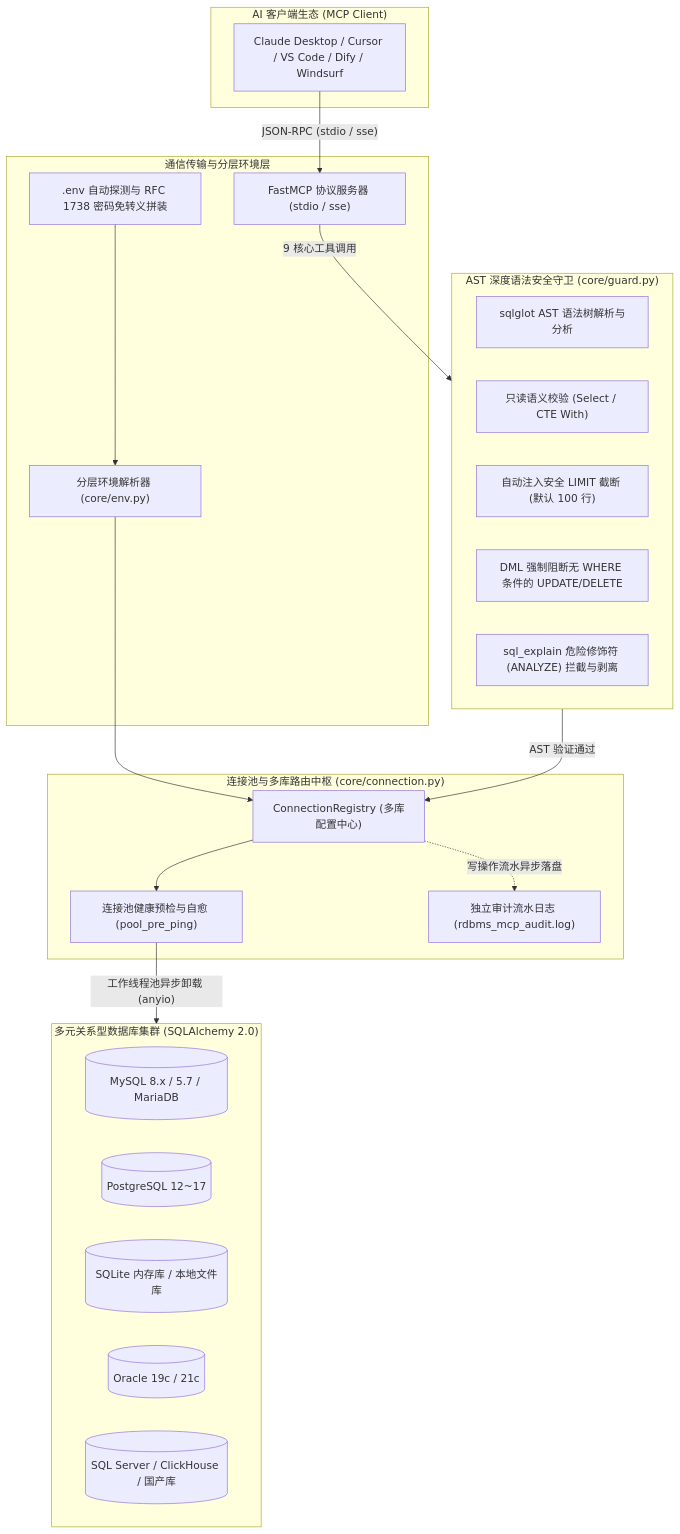
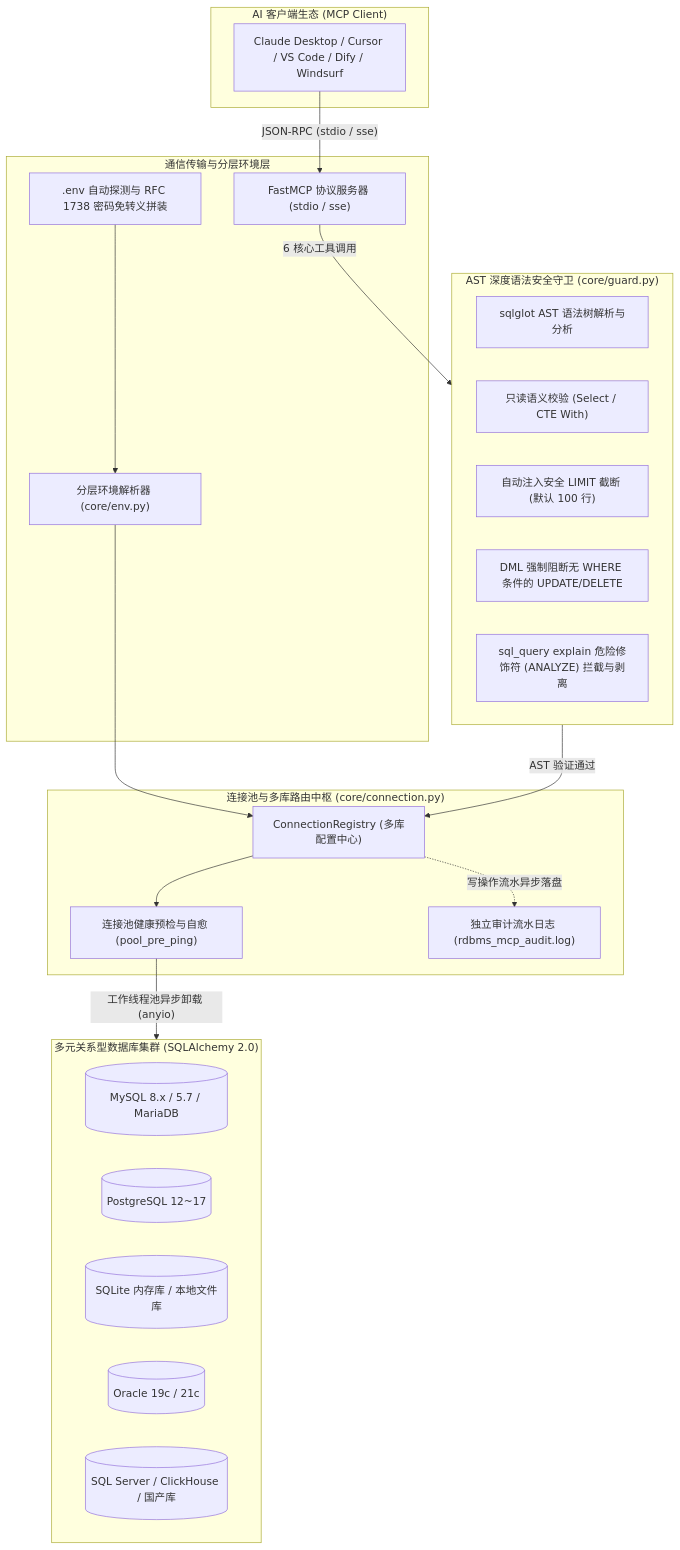
One commit to atengk/mcp-server-rdbms changed the diagram in README.md. Above: the diagram before and after it, drawn with Mermaid. The commit also changed other lines of this file and 15 other files, not shown here.

````diff
--- a/README.md
+++ b/README.md
@@ -21,42 +21,42 @@
 ```mermaid
 flowchart TD
     subgraph ClientSide ["AI 客户端生态 (MCP Client)"]
         Client["Claude Desktop / Cursor / VS Code / Dify / Windsurf"]
     end
 
     subgraph ProtocolLayer ["通信传输与分层环境层"]
         FastMCP["FastMCP 协议服务器 (stdio / sse)"]
         Env["分层环境解析器 (core/env.py)"]
         Dotenv[".env 自动探测与 RFC 1738 密码免转义拼装"]
     end
 
     subgraph GuardLayer ["AST 深度语法安全守卫 (core/guard.py)"]
         ASTParse["sqlglot AST 语法树解析与分析"]
         ReadOnly["只读语义校验 (Select / CTE With)"]
         LimitInject["自动注入安全 LIMIT 截断 (默认 100 行)"]
         WhereGuard["DML 强制阻断无 WHERE 条件的 UPDATE/DELETE"]
-        ExplainGuard["sql_explain 危险修饰符 (ANALYZE) 拦截与剥离"]
+        ExplainGuard["sql_query explain 危险修饰符 (ANALYZE) 拦截与剥离"]
     end
 
     subgraph EngineLayer ["连接池与多库路由中枢 (core/connection.py)"]
         Registry["ConnectionRegistry (多库配置中心)"]
         Pool["连接池健康预检与自愈 (pool_pre_ping)"]
         Audit["独立审计流水日志 (rdbms_mcp_audit.log)"]
     end
 
     subgraph DatabaseLayer ["多元关系型数据库集群 (SQLAlchemy 2.0)"]
         MySQL[("MySQL 8.x / 5.7 / MariaDB")]
         PostgreSQL[("PostgreSQL 12~17")]
         SQLite[("SQLite 内存库 / 本地文件库")]
         Oracle[("Oracle 19c / 21c")]
         MSSQL[("SQL Server / ClickHouse / 国产库")]
     end
 
     Client -->|"JSON-RPC (stdio / sse)"| FastMCP
     Dotenv --> Env --> Registry
-    FastMCP -->|"9 核心工具调用"| GuardLayer
+    FastMCP -->|"6 核心工具调用"| GuardLayer
     GuardLayer -->|"AST 验证通过"| Registry
     Registry --> Pool
     Pool -->|"工作线程池异步卸载 (anyio)"| DatabaseLayer
     Registry -.->|"写操作流水异步落盘"| Audit
 ```
````
